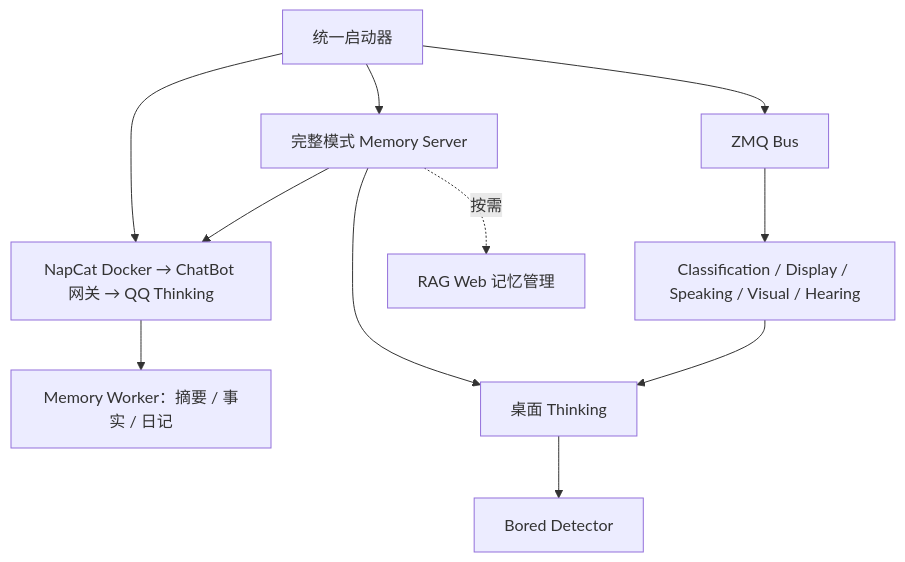
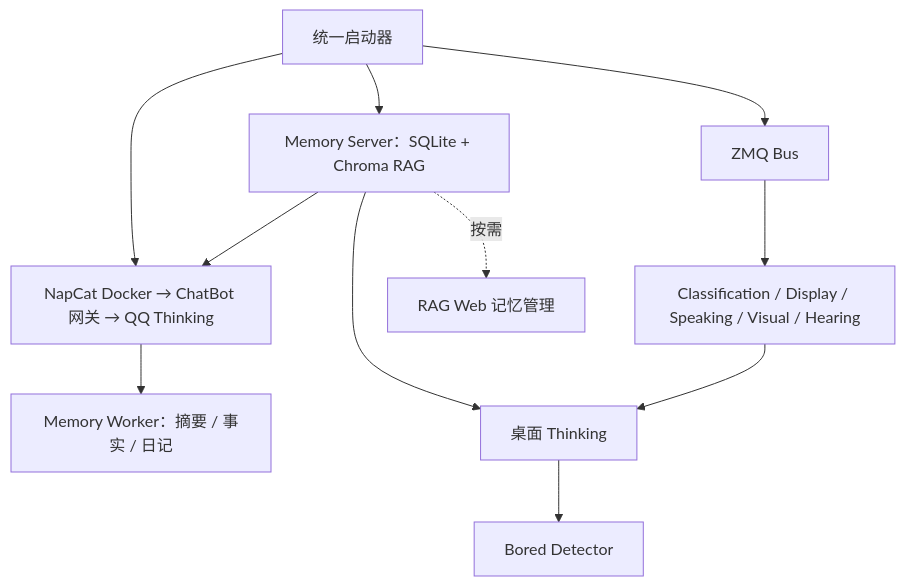
One commit to yororoA/Bines changed the diagram in START_HERE.md. Above: the diagram before and after it, drawn with Mermaid. The commit also changed other lines of this file and 9 other files, not shown here.

First line of the commit message:
feat: 统一记忆后端为 Memory Server，chatbot 模式也启用 RAG

````diff
--- a/START_HERE.md
+++ b/START_HERE.md
@@ -93,13 +93,13 @@
 ```mermaid
 flowchart TD
     A[统一启动器] --> Q[NapCat Docker → ChatBot 网关 → QQ Thinking]
     Q --> W[Memory Worker：摘要 / 事实 / 日记]
     A --> C[ZMQ Bus]
     C --> D[Classification / Display / Speaking / Visual / Hearing]
-    A --> M[完整模式 Memory Server]
+    A --> M[Memory Server：SQLite + Chroma RAG]
     M --> Q
     M --> T
     D --> T[桌面 Thinking]
     T --> B[Bored Detector]
     M -.按需.-> R[RAG Web 记忆管理]
 ```
````
